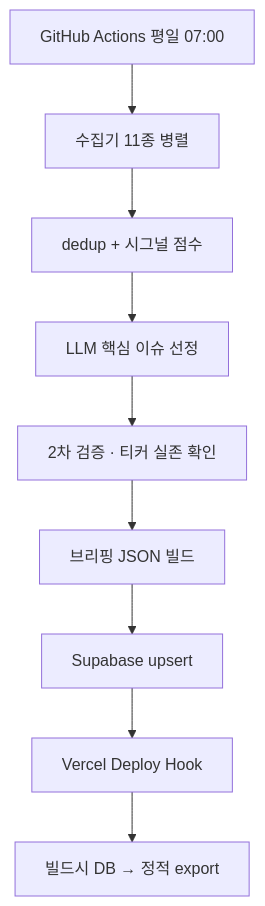
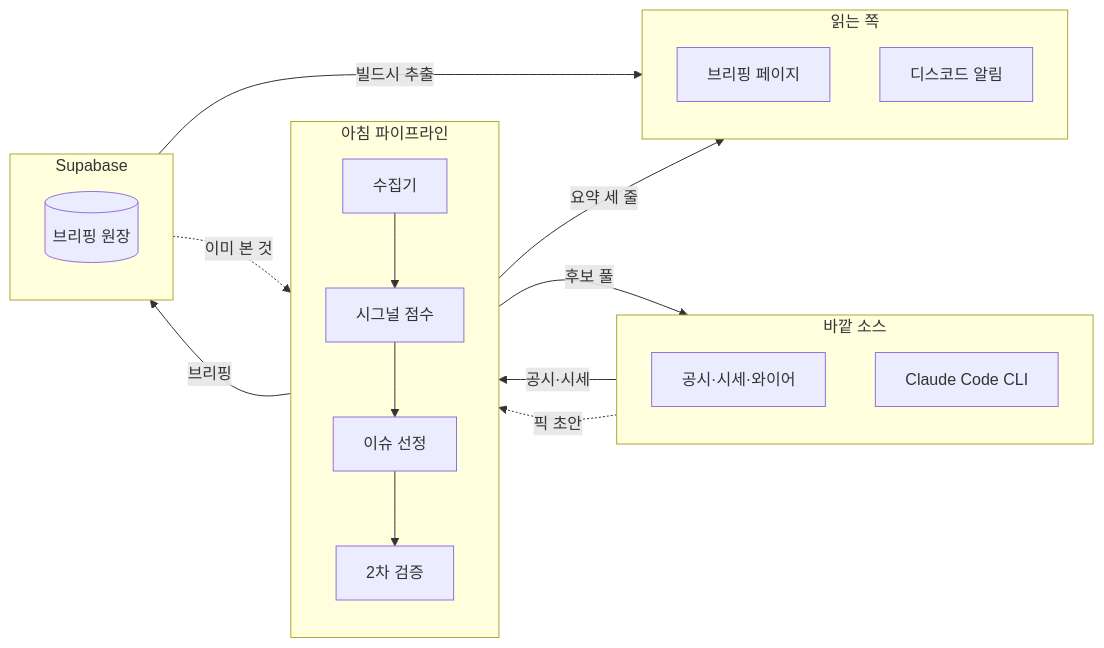
The diagram in projects/daily-brief/portfolio.md (P0it/dev-blog), drawn with Mermaid before and after one commit. The commit also changed other lines of this file and 1 other file, not shown here.

````diff
--- a/projects/daily-brief/portfolio.md
+++ b/projects/daily-brief/portfolio.md
@@ -216,11 +145,30 @@
 ```mermaid
-flowchart TD
-  A[GitHub Actions 평일 07:00] --> B[수집기 11종 병렬]
-  B --> C[dedup + 시그널 점수]
-  C --> D[LLM 핵심 이슈 선정]
-  D --> E[2차 검증 · 티커 실존 확인]
-  E --> F[브리핑 JSON 빌드]
-  F --> G[Supabase upsert]
-  G --> H[Vercel Deploy Hook]
-  H --> I[빌드시 DB → 정적 export]
+flowchart LR
+  subgraph 바깥[바깥 소스]
+    direction TB
+    SRC[공시·시세·와이어]
+    LLM[Claude Code CLI]
+  end
+  subgraph 파이프[아침 파이프라인]
+    direction TB
+    COL[수집기] --> SCORE[시그널 점수]
+    SCORE --> PICK[이슈 선정]
+    PICK --> VERIFY[2차 검증]
+  end
+  subgraph 원장[Supabase]
+    direction TB
+    DB[(브리핑 원장)]
+  end
+  subgraph 읽는쪽[읽는 쪽]
+    direction TB
+    WEB[브리핑 페이지]
+    DC[디스코드 알림]
+  end
+  SRC -->|공시·시세| COL
+  PICK -->|후보 풀| LLM
+  LLM -.->|픽 초안| VERIFY
+  VERIFY -->|브리핑| DB
+  VERIFY -->|요약 세 줄| DC
+  DB -->|빌드시 추출| WEB
+  DB -.->|이미 본 것| COL
 ```
````
